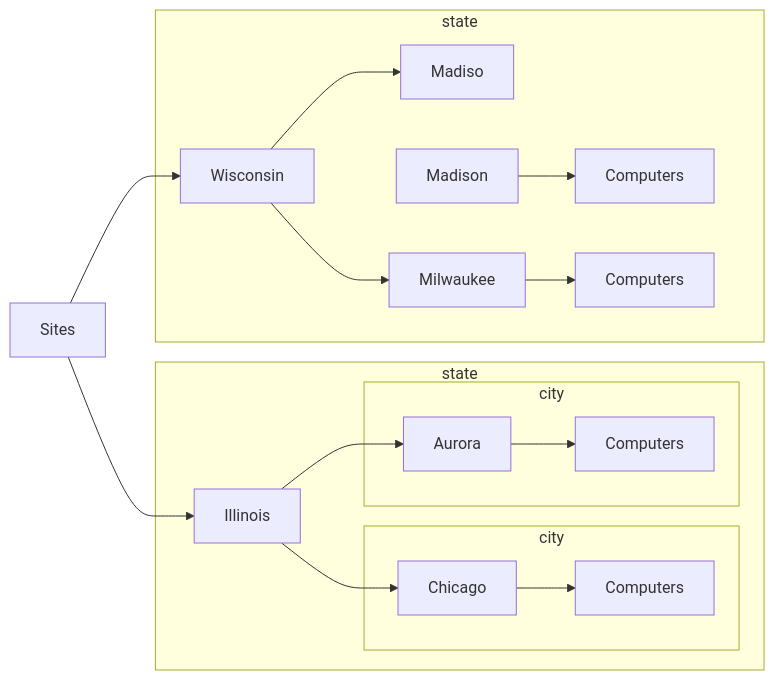
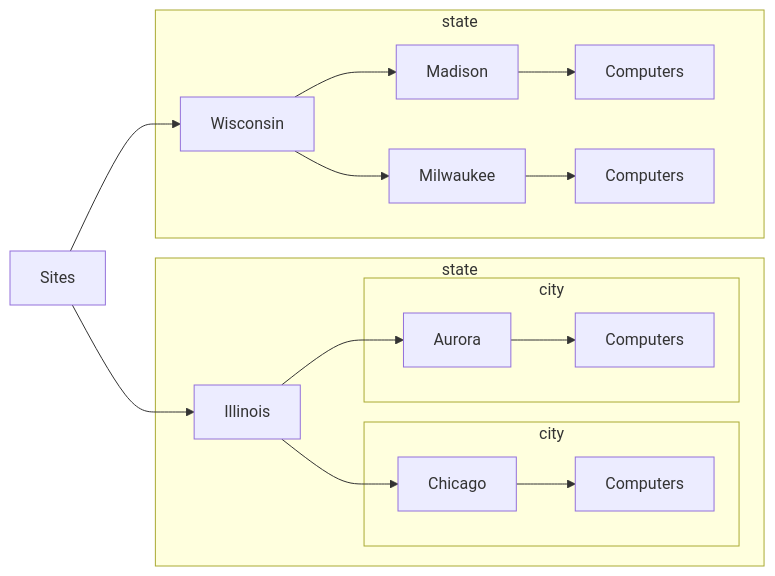
One commit to emerconnelly/sysadmin changed the diagram in powershell-scripts/Move-ComputersByStateSiteCode/README.md. Above: the diagram before and after it, drawn with Mermaid.

````diff
--- a/powershell-scripts/Move-ComputersByStateSiteCode/README.md
+++ b/powershell-scripts/Move-ComputersByStateSiteCode/README.md
@@ -24,21 +24,21 @@
 ```mermaid
 flowchart LR
     Sites --> Illinois
       subgraph state1[state]
       Illinois --> Chicago
         subgraph city1[city]
         Chicago --> computer1[Computers]
         end
       Illinois --> Aurora
         subgraph city2[city]
         Aurora --> computer2[Computers]
         end
       end
     Sites --> Wisconsin
       subgraph state2[state]
-      Wisconsin --> Madiso
+      Wisconsin --> Madison
         Madison --> computer3[Computers]
       Wisconsin --> Milwaukee
         Milwaukee --> computer4[Computers]
       end
 ```
````
